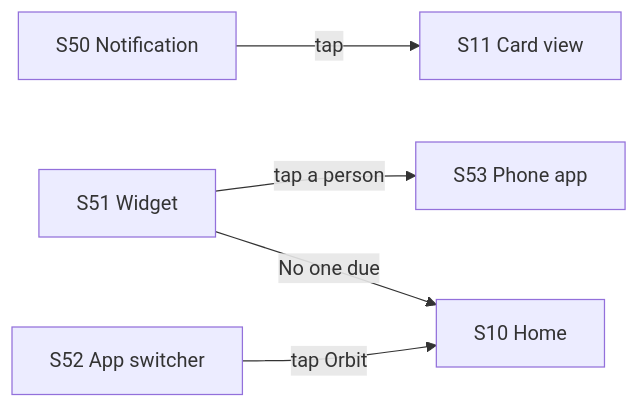
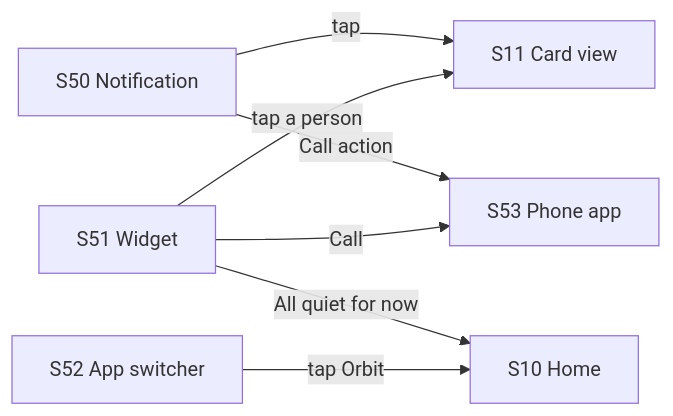
One commit to frosty110/friends-in-orbit changed the third of 3 diagrams in vision/flows/flows.md. Above: the diagram before and after it, drawn with Mermaid. The commit also changed other lines of this file and 1 other file, not shown here.

````diff
--- a/vision/flows/flows.md
+++ b/vision/flows/flows.md
@@ -153,7 +157,9 @@
 ```mermaid
 flowchart LR
   S50[S50 Notification] -->|tap| S11[S11 Card view]
-  S51[S51 Widget] -->|tap a person| S53[S53 Phone app]
-  S51 -->|No one due| S10[S10 Home]
+  S50 -->|Call action| S53[S53 Phone app]
+  S51[S51 Widget] -->|Call| S53
+  S51 -->|tap a person| S11
+  S51 -->|All quiet for now| S10[S10 Home]
   S52[S52 App switcher] -->|tap Orbit| S10
 ```
````
